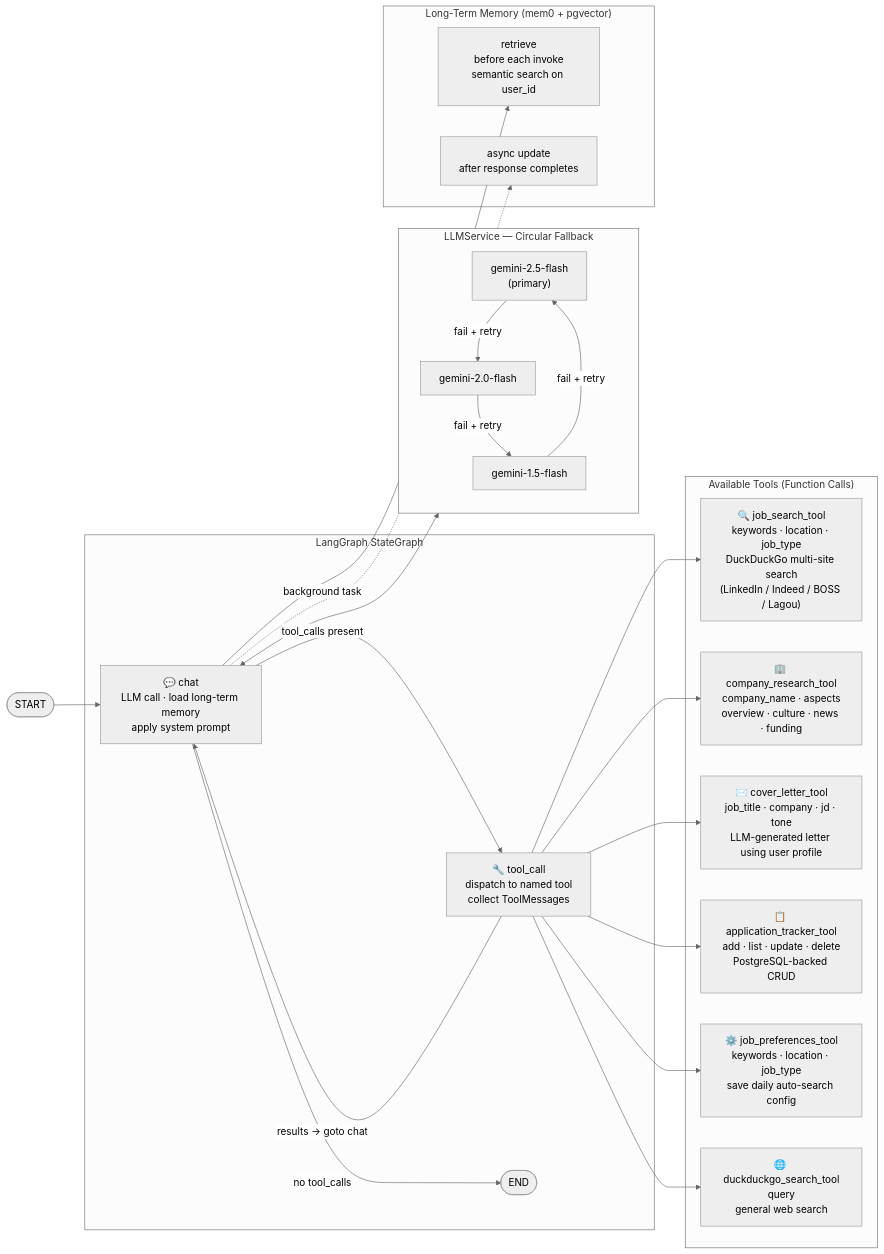
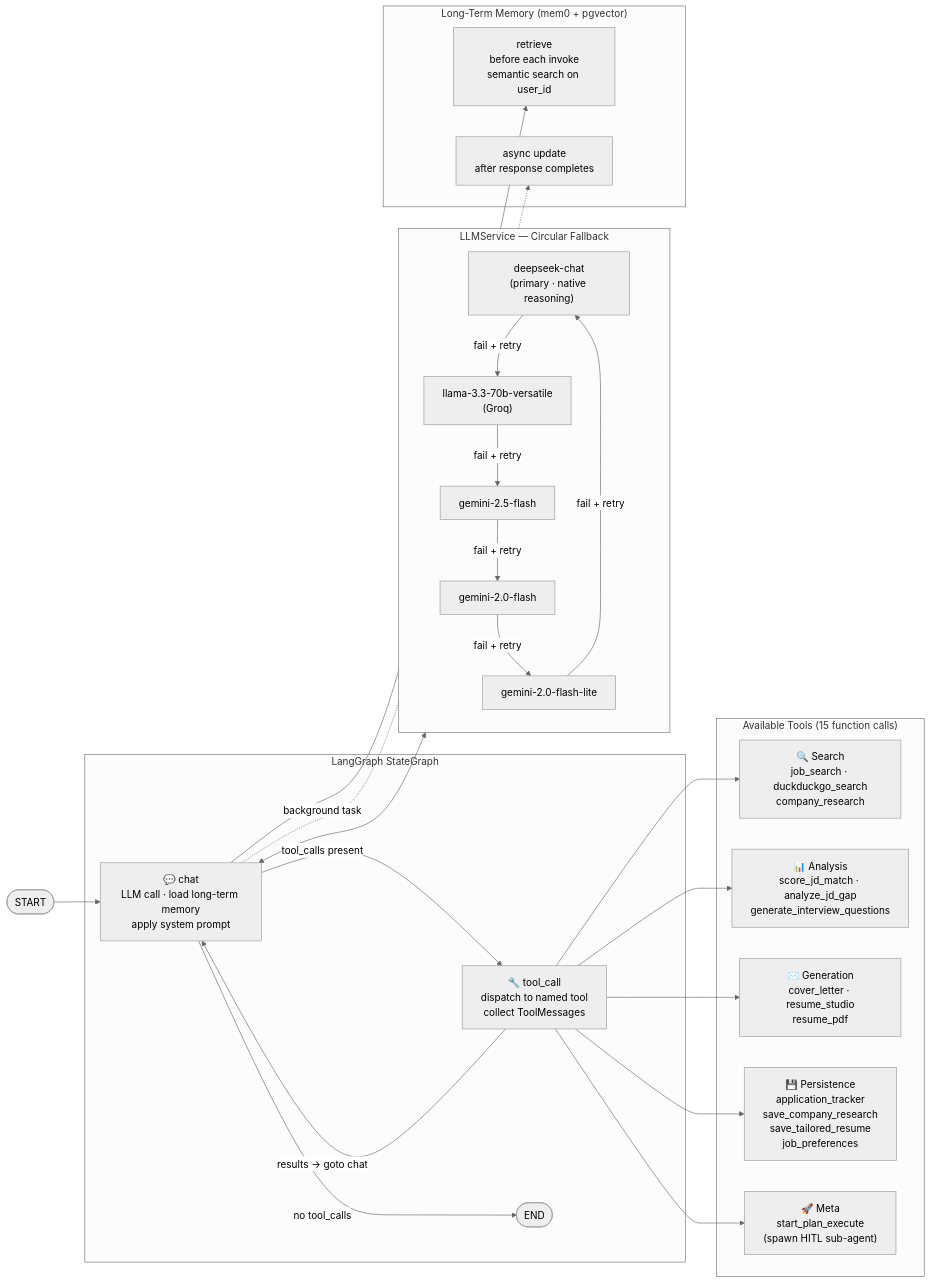
One commit to 0xMoat/job-hunter-agent changed the second of 2 diagrams in README.md. Above: the diagram before and after it, drawn with Mermaid (neutral theme). The commit also changed other lines of this file, not shown here.

Commit message:
docs(readme): update for kanban/PE/resume-PDF/OAuth/tests + correct LLM stack + new API routes

````diff
--- a/README.md
+++ b/README.md
@@ -106,48 +118,50 @@
 ```mermaid
 flowchart LR
     START(["START"]) --> ChatNode
 
     subgraph Graph["LangGraph StateGraph"]
         ChatNode["💬 chat\nLLM call · load long-term memory\napply system prompt"]
         ToolNode["🔧 tool_call\ndispatch to named tool\ncollect ToolMessages"]
         END_N(["END"])
 
         ChatNode -->|"tool_calls present"| ToolNode
         ToolNode -->|"results → goto chat"| ChatNode
         ChatNode -->|"no tool_calls"| END_N
     end
 
-    subgraph Tools["Available Tools (Function Calls)"]
-        T1["🔍 job_search_tool\nkeywords · location · job_type\nDuckDuckGo multi-site search\n(LinkedIn / Indeed / BOSS / Lagou)"]
-        T2["🏢 company_research_tool\ncompany_name · aspects\noverview · culture · news · funding"]
-        T3["✉️ cover_letter_tool\njob_title · company · jd · tone\nLLM-generated letter using user profile"]
-        T4["📋 application_tracker_tool\nadd · list · update · delete\nPostgreSQL-backed CRUD"]
-        T5["⚙️ job_preferences_tool\nkeywords · location · job_type\nsave daily auto-search config"]
-        T6["🌐 duckduckgo_search_tool\nquery\ngeneral web search"]
+    subgraph Tools["Available Tools (15 function calls)"]
+        T1["🔍 Search\njob_search · duckduckgo_search\ncompany_research"]
+        T2["📊 Analysis\nscore_jd_match · analyze_jd_gap\ngenerate_interview_questions"]
+        T3["✉️ Generation\ncover_letter · resume_studio\nresume_pdf"]
+        T4["💾 Persistence\napplication_tracker\nsave_company_research\nsave_tailored_resume\njob_preferences"]
+        T5["🚀 Meta\nstart_plan_execute\n(spawn HITL sub-agent)"]
     end
 
     ToolNode --> T1
     ToolNode --> T2
     ToolNode --> T3
     ToolNode --> T4
     ToolNode --> T5
-    ToolNode --> T6
 
     subgraph LLMSvc["LLMService — Circular Fallback"]
-        M1["gemini-2.5-flash\n(primary)"]
-        M2["gemini-2.0-flash"]
-        M3["gemini-1.5-flash"]
+        M1["deepseek-chat\n(primary · native reasoning)"]
+        M2["llama-3.3-70b-versatile\n(Groq)"]
+        M3["gemini-2.5-flash"]
+        M4["gemini-2.0-flash"]
+        M5["gemini-2.0-flash-lite"]
         M1 -->|"fail + retry"| M2
         M2 -->|"fail + retry"| M3
-        M3 -->|"fail + retry"| M1
+        M3 -->|"fail + retry"| M4
+        M4 -->|"fail + retry"| M5
+        M5 -->|"fail + retry"| M1
     end
 
     subgraph Mem["Long-Term Memory (mem0 + pgvector)"]
         MR["retrieve\nbefore each invoke\nsemantic search on user_id"]
         MU["async update\nafter response completes"]
     end
 
     ChatNode <--> LLMSvc
     ChatNode --> MR
     ChatNode -.->|"background task"| MU
 ```
````
